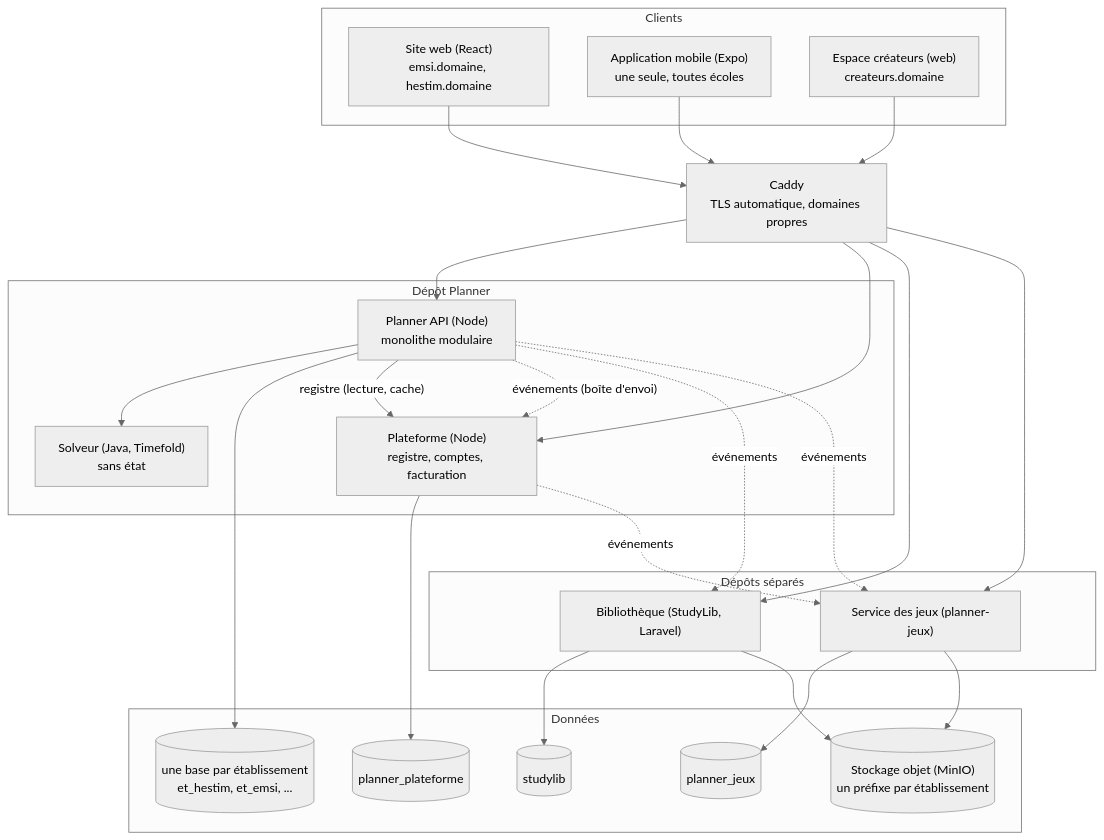
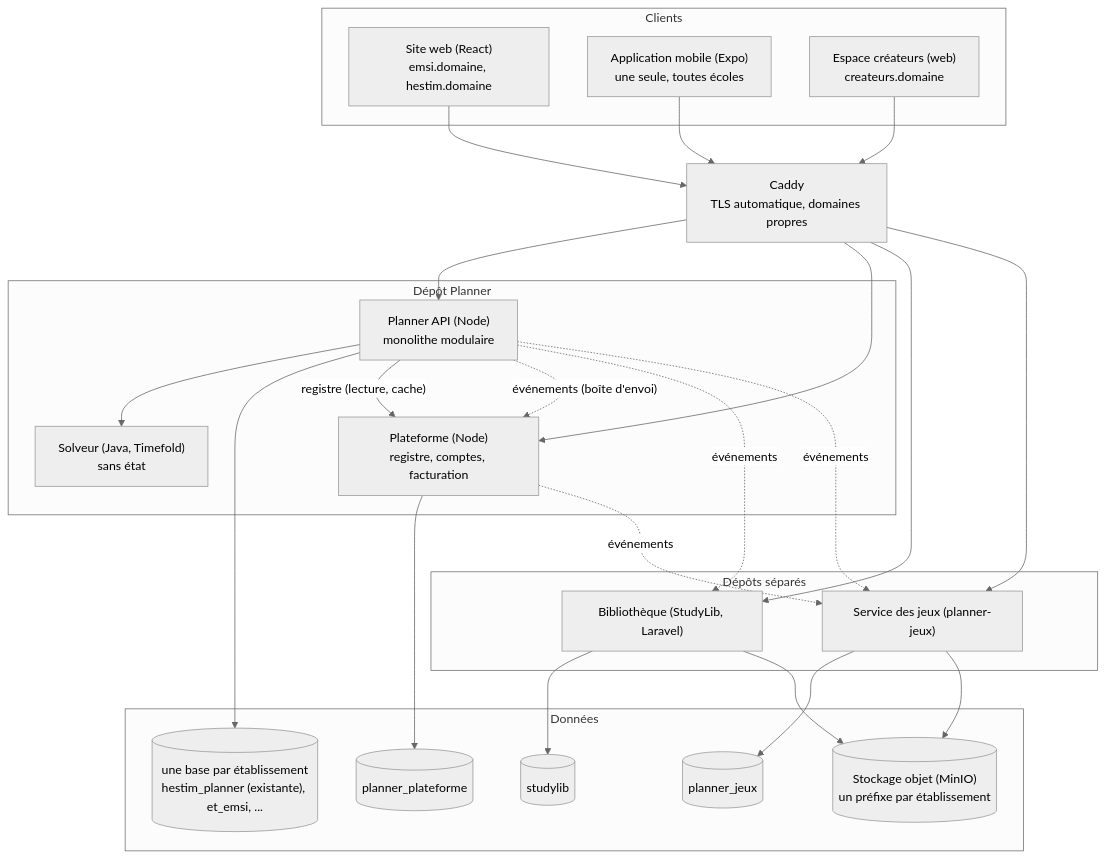
One commit to Claude20022002/plan_B_projet_PACTE changed the second of 5 diagrams in docs/plans/planner-multi-etablissements/03-architecture.md. Above: the diagram before and after it, drawn with Mermaid (neutral theme). The commit also changed other lines of this file and 13 other files, not shown here.

````diff
--- a/docs/plans/planner-multi-etablissements/03-architecture.md
+++ b/docs/plans/planner-multi-etablissements/03-architecture.md
@@ -39,49 +39,49 @@
 ```mermaid
 flowchart TB
     subgraph CLIENTS["Clients"]
         WEB["Site web (React)<br/>emsi.domaine, hestim.domaine"]
         MOB["Application mobile (Expo)<br/>une seule, toutes écoles"]
         CREA["Espace créateurs (web)<br/>createurs.domaine"]
     end
 
     CADDY["Caddy<br/>TLS automatique, domaines propres"]
 
     subgraph COEUR["Dépôt Planner"]
         API["Planner API (Node)<br/>monolithe modulaire"]
         PLAT["Plateforme (Node)<br/>registre, comptes, facturation"]
         SOLV["Solveur (Java, Timefold)<br/>sans état"]
     end
 
     subgraph AUTRES["Dépôts séparés"]
         SLIB["Bibliothèque (StudyLib, Laravel)"]
         JEUX["Service des jeux (planner-jeux)"]
     end
 
     subgraph DONNEES["Données"]
         DBP[("planner_plateforme")]
-        DBE[("une base par établissement<br/>et_hestim, et_emsi, ...")]
+        DBE[("une base par établissement<br/>hestim_planner (existante), et_emsi, ...")]
         DBS[("studylib")]
         DBJ[("planner_jeux")]
         OBJ[("Stockage objet (MinIO)<br/>un préfixe par établissement")]
     end
 
     WEB --> CADDY
     MOB --> CADDY
     CREA --> CADDY
     CADDY --> API
     CADDY --> PLAT
     CADDY --> SLIB
     CADDY --> JEUX
     API --> SOLV
     API --> DBE
     API -- "registre (lecture, cache)" --> PLAT
     PLAT --> DBP
     SLIB --> DBS
     SLIB --> OBJ
     JEUX --> DBJ
     JEUX --> OBJ
     API -. "événements (boîte d'envoi)" .-> PLAT
     API -. "événements" .-> SLIB
     API -. "événements" .-> JEUX
     PLAT -. "événements" .-> JEUX
 ```
````
